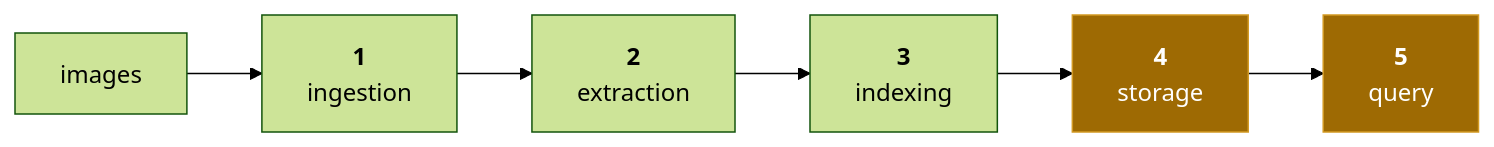
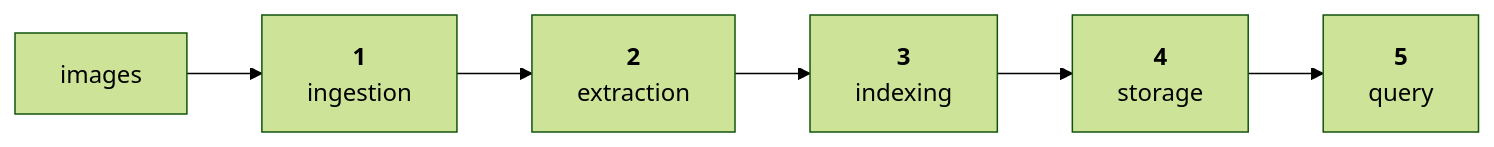
Before and after one commit to Bissbert/cookingRAG: the diagram in docs/README.md, drawn with Mermaid (forest theme). The commit also changed other lines of this file and 10 other files, not shown here.

````diff
--- a/docs/README.md
+++ b/docs/README.md
@@ -24,11 +24,8 @@
 ```mermaid
 flowchart LR
     A["images"] --> B["<b>1</b><br/>ingestion"]
     B --> C["<b>2</b><br/>extraction"]
     C --> D["<b>3</b><br/>indexing"]
     D --> E["<b>4</b><br/>storage"]
     E --> F["<b>5</b><br/>query"]
-
-    style E fill:#9e6a03,stroke:#d29922,color:#fff
-    style F fill:#9e6a03,stroke:#d29922,color:#fff
 ```
````
